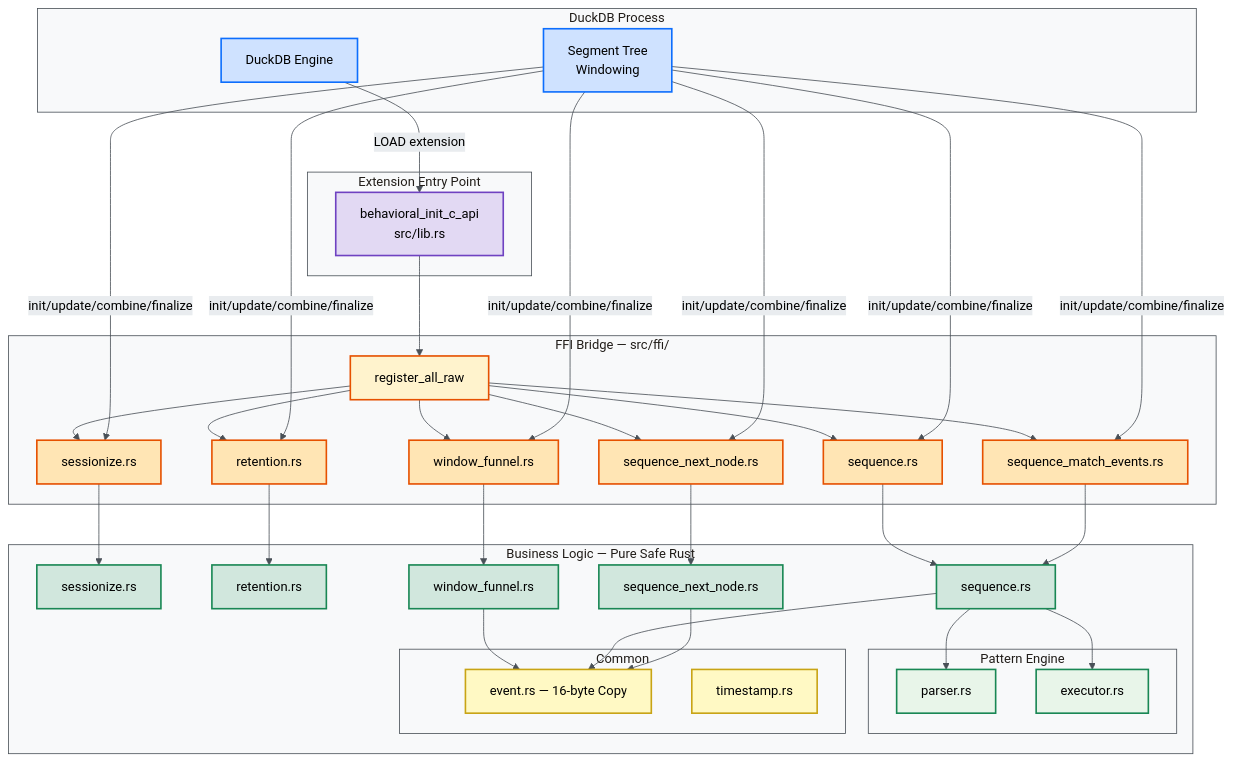
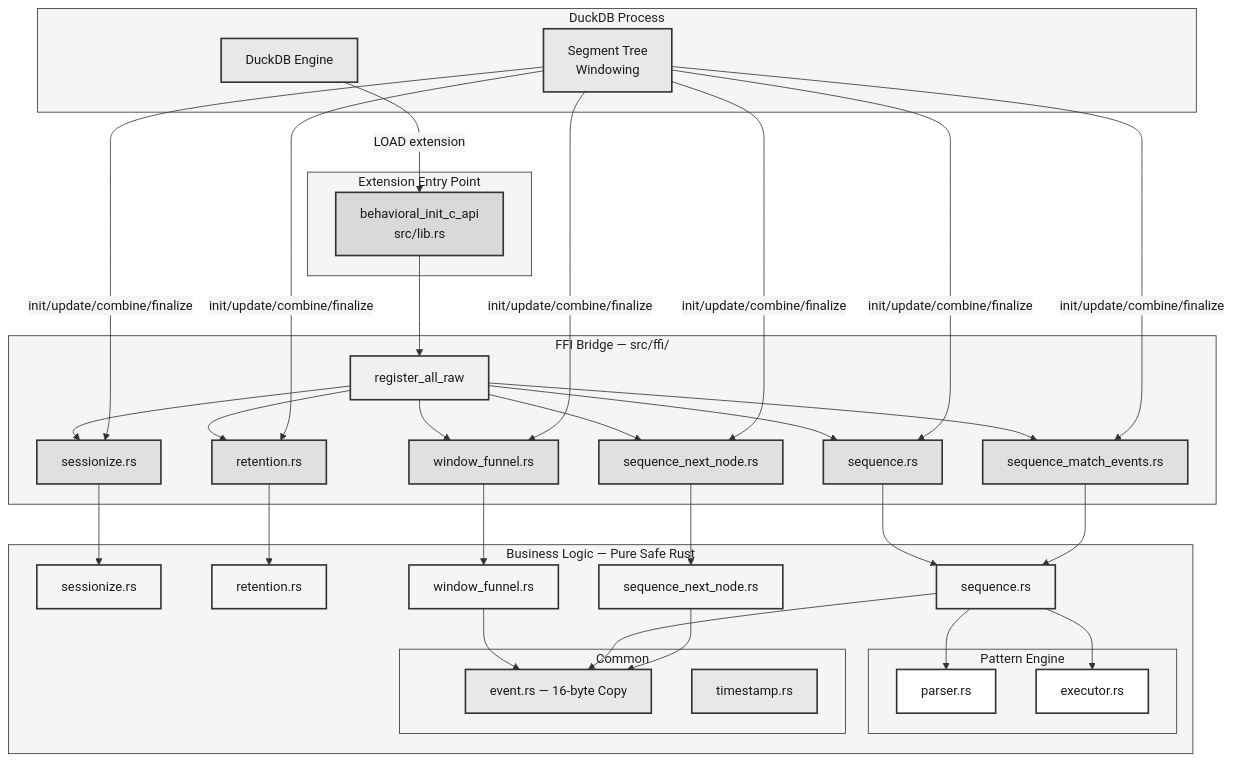
One commit to tomtom215/duckdb-behavioral changed the first of 4 diagrams in docs/src/engineering.md. Above: the diagram before and after it, drawn with Mermaid. The commit also changed other lines of this file and 16 other files, not shown here.

First line of the commit message:
Enterprise quality: 23 new tests (411→434), Mermaid grayscale, doc updates

````diff
--- a/docs/src/engineering.md
+++ b/docs/src/engineering.md
@@ -39,73 +39,73 @@
 ```mermaid
-%%{init: {'theme': 'base', 'themeVariables': {'primaryColor': '#f8f9fa', 'primaryTextColor': '#000000', 'primaryBorderColor': '#495057', 'lineColor': '#495057', 'secondaryColor': '#e9ecef', 'tertiaryColor': '#dee2e6', 'textColor': '#000000', 'mainBkg': '#f8f9fa', 'clusterBkg': '#f8f9fa', 'clusterBorder': '#495057'}}}%%
+%%{init: {'theme': 'base', 'themeVariables': {'primaryColor': '#ffffff', 'primaryTextColor': '#1a1a1a', 'primaryBorderColor': '#333333', 'lineColor': '#333333', 'secondaryColor': '#f5f5f5', 'tertiaryColor': '#e0e0e0', 'textColor': '#1a1a1a', 'mainBkg': '#ffffff', 'clusterBkg': '#f5f5f5', 'clusterBorder': '#333333'}}}%%
 graph TB
     subgraph "DuckDB Process"
         DDB[DuckDB Engine]
         SEG[Segment Tree<br/>Windowing]
     end
 
     subgraph "Extension Entry Point"
         EP[behavioral_init_c_api<br/>src/lib.rs]
     end
 
     subgraph "FFI Bridge — src/ffi/"
         REG[register_all_raw]
         FS[sessionize.rs]
         FR[retention.rs]
         FW[window_funnel.rs]
         FQ[sequence.rs]
         FE[sequence_match_events.rs]
         FN[sequence_next_node.rs]
     end
 
     subgraph "Business Logic — Pure Safe Rust"
         SS[sessionize.rs]
         SR[retention.rs]
         SW[window_funnel.rs]
         SQ[sequence.rs]
         SN[sequence_next_node.rs]
         subgraph "Pattern Engine"
             PP[parser.rs]
             PE[executor.rs]
         end
         subgraph "Common"
             EV[event.rs — 16-byte Copy]
             TS[timestamp.rs]
         end
     end
 
     DDB -->|LOAD extension| EP
     EP --> REG
     REG --> FS & FR & FW & FQ & FE & FN
     SEG -->|init/update/combine/finalize| FS & FR & FW & FQ & FE & FN
     FS --> SS
     FR --> SR
     FW --> SW
     FQ --> SQ
     FE --> SQ
     FN --> SN
     SQ --> PP & PE
     SW --> EV
     SQ --> EV
     SN --> EV
 
-    style EP fill:#e2d9f3,stroke:#6f42c1,stroke-width:2px,color:#000000
-    style DDB fill:#cfe2ff,stroke:#0d6efd,stroke-width:2px,color:#000000
-    style SEG fill:#cfe2ff,stroke:#0d6efd,stroke-width:2px,color:#000000
-    style REG fill:#fff3cd,stroke:#e65100,stroke-width:2px,color:#000000
-    style FS fill:#ffe5b4,stroke:#e65100,stroke-width:2px,color:#000000
-    style FR fill:#ffe5b4,stroke:#e65100,stroke-width:2px,color:#000000
-    style FW fill:#ffe5b4,stroke:#e65100,stroke-width:2px,color:#000000
-    style FQ fill:#ffe5b4,stroke:#e65100,stroke-width:2px,color:#000000
-    style FE fill:#ffe5b4,stroke:#e65100,stroke-width:2px,color:#000000
-    style FN fill:#ffe5b4,stroke:#e65100,stroke-width:2px,color:#000000
-    style SS fill:#d1e7dd,stroke:#198754,stroke-width:2px,color:#000000
-    style SR fill:#d1e7dd,stroke:#198754,stroke-width:2px,color:#000000
-    style SW fill:#d1e7dd,stroke:#198754,stroke-width:2px,color:#000000
-    style SQ fill:#d1e7dd,stroke:#198754,stroke-width:2px,color:#000000
-    style SN fill:#d1e7dd,stroke:#198754,stroke-width:2px,color:#000000
-    style PP fill:#e8f5e9,stroke:#198754,stroke-width:2px,color:#000000
-    style PE fill:#e8f5e9,stroke:#198754,stroke-width:2px,color:#000000
-    style EV fill:#fff9c4,stroke:#c8a415,stroke-width:2px,color:#000000
-    style TS fill:#fff9c4,stroke:#c8a415,stroke-width:2px,color:#000000
+    style EP fill:#d9d9d9,stroke:#333333,stroke-width:2px,color:#1a1a1a
+    style DDB fill:#e8e8e8,stroke:#333333,stroke-width:2px,color:#1a1a1a
+    style SEG fill:#e8e8e8,stroke:#333333,stroke-width:2px,color:#1a1a1a
+    style REG fill:#f0f0f0,stroke:#333333,stroke-width:2px,color:#1a1a1a
+    style FS fill:#e0e0e0,stroke:#333333,stroke-width:2px,color:#1a1a1a
+    style FR fill:#e0e0e0,stroke:#333333,stroke-width:2px,color:#1a1a1a
+    style FW fill:#e0e0e0,stroke:#333333,stroke-width:2px,color:#1a1a1a
+    style FQ fill:#e0e0e0,stroke:#333333,stroke-width:2px,color:#1a1a1a
+    style FE fill:#e0e0e0,stroke:#333333,stroke-width:2px,color:#1a1a1a
+    style FN fill:#e0e0e0,stroke:#333333,stroke-width:2px,color:#1a1a1a
+    style SS fill:#f5f5f5,stroke:#333333,stroke-width:2px,color:#1a1a1a
+    style SR fill:#f5f5f5,stroke:#333333,stroke-width:2px,color:#1a1a1a
+    style SW fill:#f5f5f5,stroke:#333333,stroke-width:2px,color:#1a1a1a
+    style SQ fill:#f5f5f5,stroke:#333333,stroke-width:2px,color:#1a1a1a
+    style SN fill:#f5f5f5,stroke:#333333,stroke-width:2px,color:#1a1a1a
+    style PP fill:#ffffff,stroke:#333333,stroke-width:2px,color:#1a1a1a
+    style PE fill:#ffffff,stroke:#333333,stroke-width:2px,color:#1a1a1a
+    style EV fill:#e8e8e8,stroke:#333333,stroke-width:2px,color:#1a1a1a
+    style TS fill:#e8e8e8,stroke:#333333,stroke-width:2px,color:#1a1a1a
 ```
````
